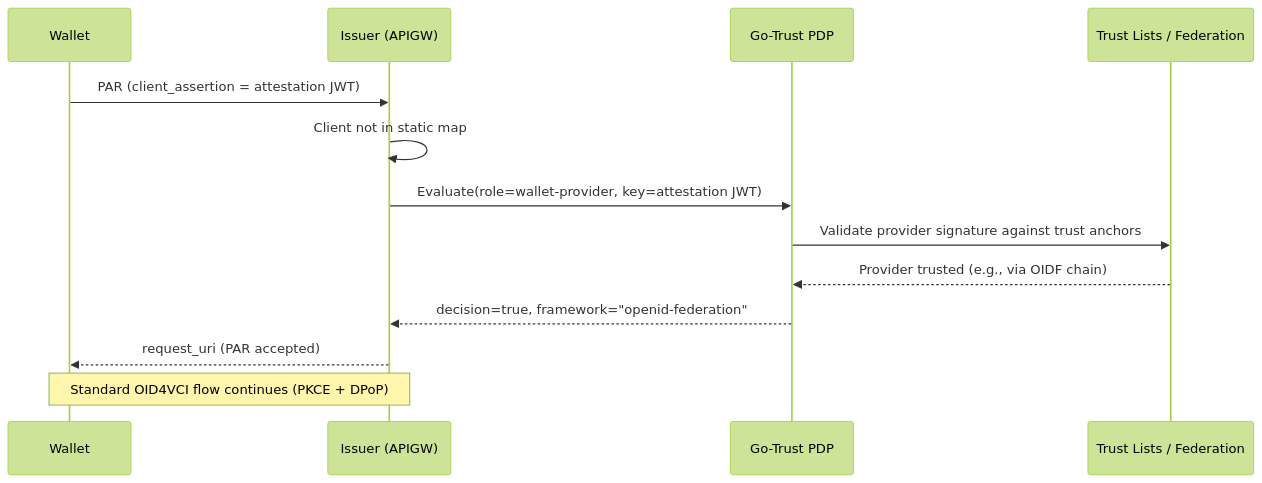
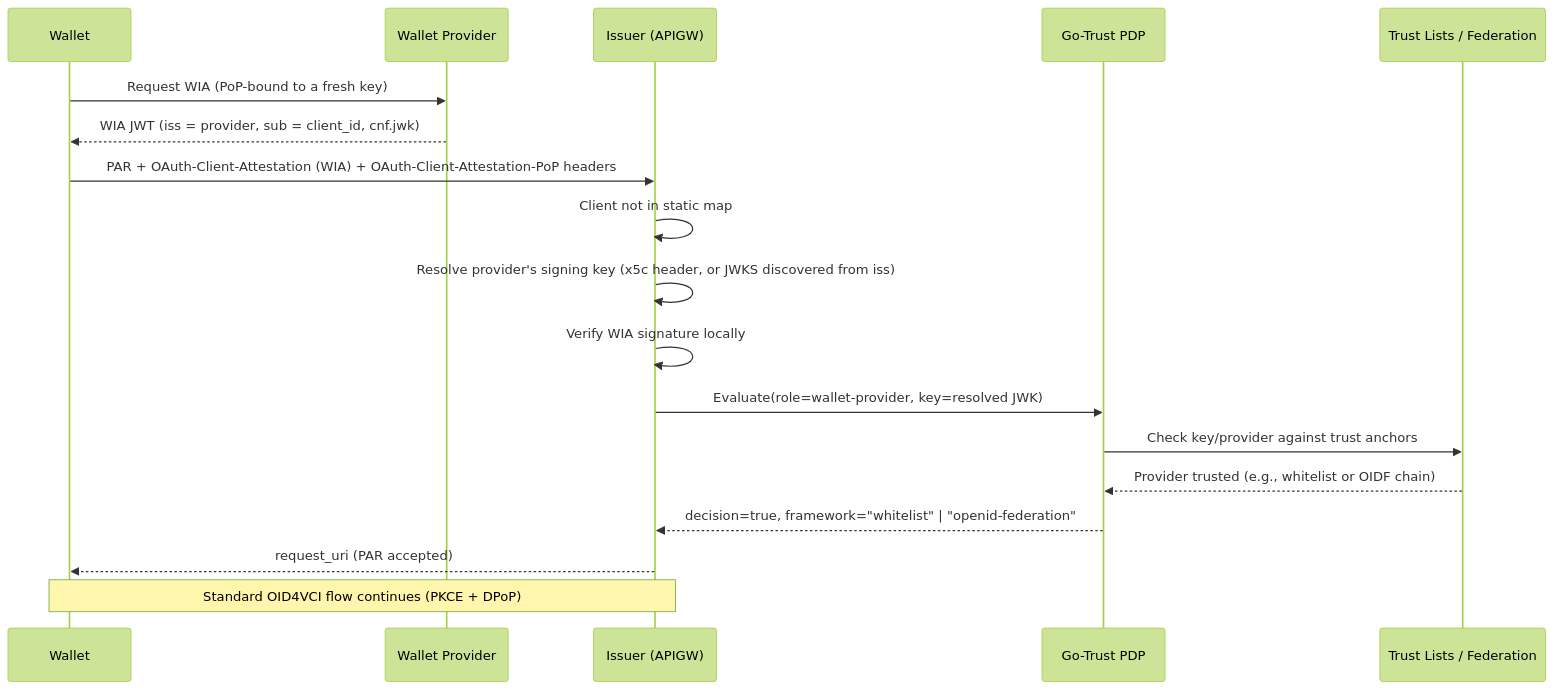
The diagram in docs/sirosid/trust/wallet-attestation.md (sirosfoundation/docs), drawn with Mermaid (forest theme) before and after one commit. The commit also changed other lines of this file and 2 other files, not shown here.

First line of the commit message:
docs: correct wallet attestation doc, add how-to guide, link from issuer docs

````diff
--- a/docs/sirosid/trust/wallet-attestation.md
+++ b/docs/sirosid/trust/wallet-attestation.md
@@ -16,16 +18,21 @@
 ```mermaid
 sequenceDiagram
     participant W as Wallet
+    participant WP as Wallet Provider
     participant I as Issuer (APIGW)
     participant PDP as Go-Trust PDP
     participant TL as Trust Lists / Federation
 
-    W->>I: PAR (client_assertion = attestation JWT)
+    W->>WP: Request WIA (PoP-bound to a fresh key)
+    WP-->>W: WIA JWT (iss = provider, sub = client_id, cnf.jwk)
+    W->>I: PAR + OAuth-Client-Attestation (WIA) + OAuth-Client-Attestation-PoP headers
     I->>I: Client not in static map
-    I->>PDP: Evaluate(role=wallet-provider, key=attestation JWT)
-    PDP->>TL: Validate provider signature against trust anchors
-    TL-->>PDP: Provider trusted (e.g., via OIDF chain)
-    PDP-->>I: decision=true, framework="openid-federation"
+    I->>I: Resolve provider's signing key (x5c header, or JWKS discovered from iss)
+    I->>I: Verify WIA signature locally
+    I->>PDP: Evaluate(role=wallet-provider, key=resolved JWK)
+    PDP->>TL: Check key/provider against trust anchors
+    TL-->>PDP: Provider trusted (e.g., whitelist or OIDF chain)
+    PDP-->>I: decision=true, framework="whitelist" | "openid-federation"
     I-->>W: request_uri (PAR accepted)
     Note over W,I: Standard OID4VCI flow continues (PKCE + DPoP)
 ```
````
